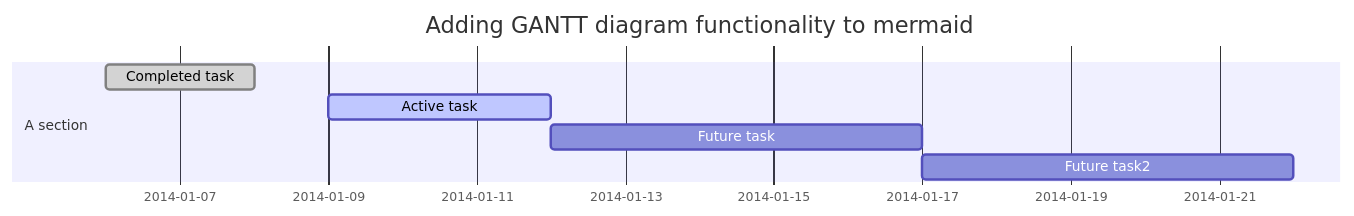
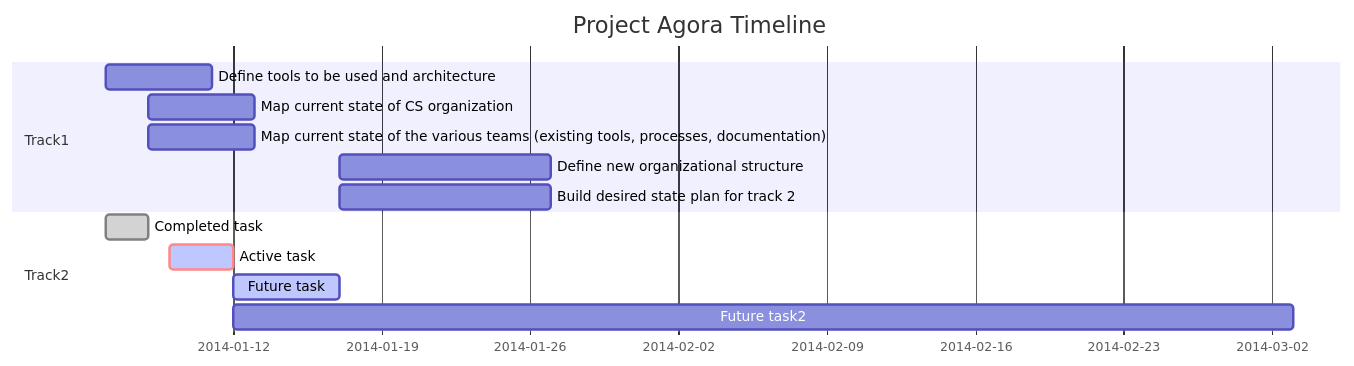
One commit to jc-fenelon/hello-world-template changed the diagram in README.md. Above: the diagram before and after it, drawn with Mermaid.

````diff
--- a/README.md
+++ b/README.md
@@ -19,11 +19,18 @@
 ```mermaid
         gantt
         dateFormat  YYYY-MM-DD
-        title Adding GANTT diagram functionality to mermaid
+        title Project Agora Timeline
 
-        section A section
+        section Track1
+        Define tools to be used and architecture            :   des1, 2014-01-06, 5d
+        Map current state of CS organization               :    des2, after des1, 5d
+        Map current state of the various teams (existing tools, processes, documentation)               :  des3, after des1, 5d
+        Define new organizational structure              :      des4, after des2 des3, 10d
+        Build desired state plan for track 2             :      des5, after des3, 10d      
+        
+        section Track2
         Completed task            :done,    des1, 2014-01-06,2014-01-08
-        Active task               :active,  des2, 2014-01-09, 3d
-        Future task               :         des3, after des2, 5d
-        Future task2               :         des4, after des3, 5d
+        Active task               :crit,active,  des2, 2014-01-09, 3d
+        Future task               :active,  des3, after des2, 5d
+        Future task2              :         des4, after des2, 50d
 ```
````
